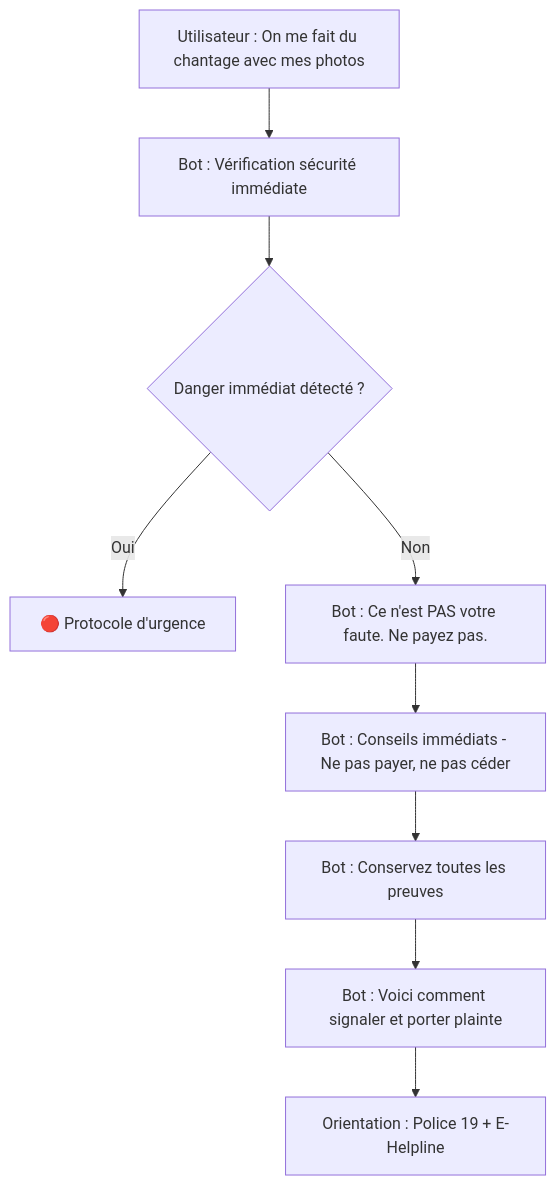
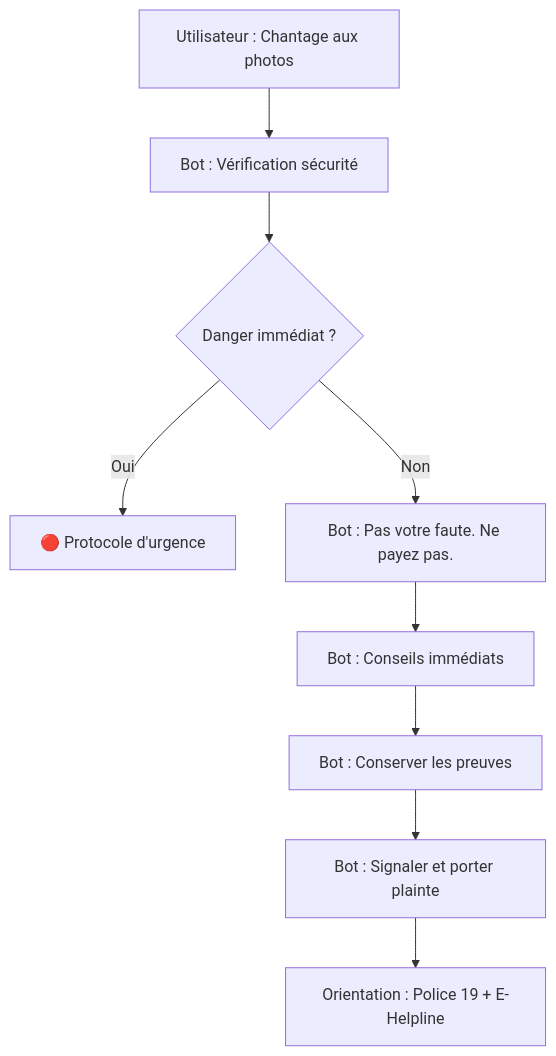
One commit to SALMASAID1/Chatbot-IA-multilingue-d-assistance-aux-victimes-de-cyberviolences- changed the fifth of 7 diagrams in docs/scenarios_conversationnels.md. Above: the diagram before and after it, drawn with Mermaid. The commit also changed other lines of this file, not shown here.

````diff
--- a/docs/scenarios_conversationnels.md
+++ b/docs/scenarios_conversationnels.md
@@ -221,11 +221,11 @@
 ```mermaid
 flowchart TD
-    A["Utilisateur : On me fait du chantage avec mes photos"] --> B["Bot : Vérification sécurité immédiate"]
-    B --> C{"Danger immédiat détecté ?"}
-    C -->|Oui| D["🔴 Protocole d'urgence"]
-    C -->|Non| E["Bot : Ce n'est PAS votre faute. Ne payez pas."]
-    E --> F["Bot : Conseils immédiats - Ne pas payer, ne pas céder"]
-    F --> G["Bot : Conservez toutes les preuves"]
-    G --> H["Bot : Voici comment signaler et porter plainte"]
+    A["Utilisateur : Chantage aux photos"] --> B["Bot : Vérification sécurité"]
+    B --> C{"Danger immédiat ?"}
+    C -- "Oui" --> D["🔴 Protocole d'urgence"]
+    C -- "Non" --> E["Bot : Pas votre faute. Ne payez pas."]
+    E --> F["Bot : Conseils immédiats"]
+    F --> G["Bot : Conserver les preuves"]
+    G --> H["Bot : Signaler et porter plainte"]
     H --> I["Orientation : Police 19 + E-Helpline"]
 ```
````
